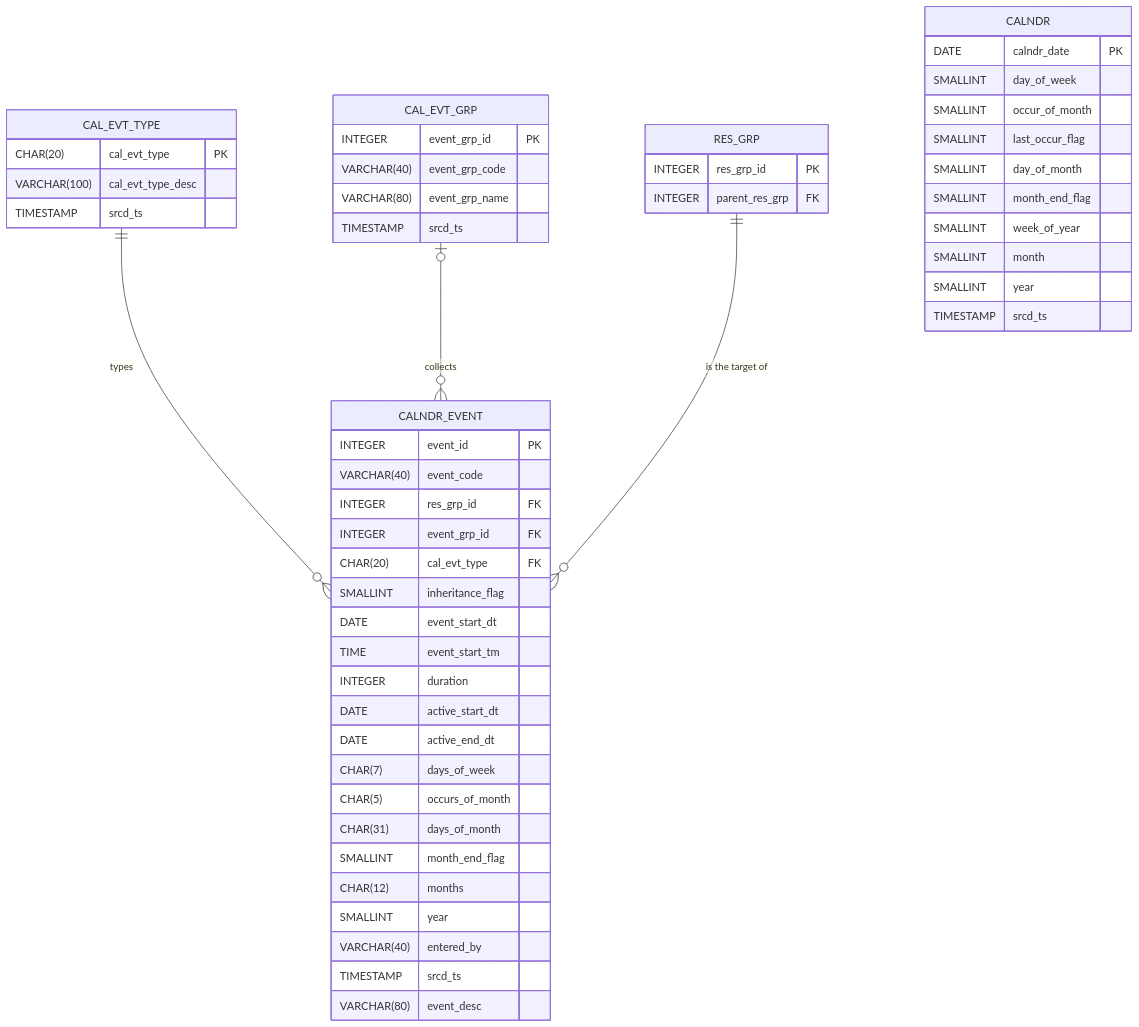
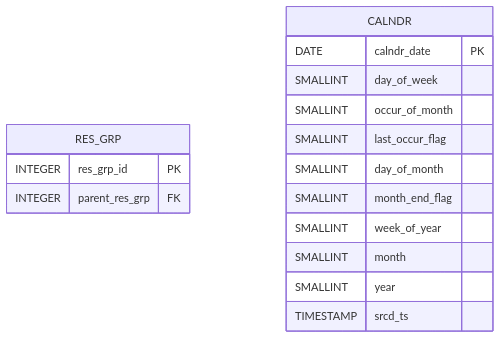
Before and after one commit to brianmcmillan/minimum-viable-warehouse: the fourth of 8 diagrams in er-diagrams/mermaid/metrics-mart.md, drawn with Mermaid. The commit also changed other lines of this file and 27 other files, not shown here.

````diff
--- a/er-diagrams/mermaid/metrics-mart.md
+++ b/er-diagrams/mermaid/metrics-mart.md
@@ -288,55 +273,19 @@
 ```mermaid
 erDiagram
     RES_GRP {
         INTEGER res_grp_id PK
         INTEGER parent_res_grp FK
-    }
-    CAL_EVT_TYPE {
-        CHAR(20) cal_evt_type PK
-        VARCHAR(100) cal_evt_type_desc
-        TIMESTAMP srcd_ts
-    }
-    CAL_EVT_GRP {
-        INTEGER event_grp_id PK
-        VARCHAR(40) event_grp_code
-        VARCHAR(80) event_grp_name
-        TIMESTAMP srcd_ts
-    }
-    CALNDR_EVENT {
-        INTEGER event_id PK
-        VARCHAR(40) event_code
-        INTEGER res_grp_id FK
-        INTEGER event_grp_id FK
-        CHAR(20) cal_evt_type FK
-        SMALLINT inheritance_flag
-        DATE event_start_dt
-        TIME event_start_tm
-        INTEGER duration
-        DATE active_start_dt
-        DATE active_end_dt
-        CHAR(7) days_of_week
-        CHAR(5) occurs_of_month
-        CHAR(31) days_of_month
-        SMALLINT month_end_flag
-        CHAR(12) months
-        SMALLINT year
-        VARCHAR(40) entered_by
-        TIMESTAMP srcd_ts
-        VARCHAR(80) event_desc
     }
     CALNDR {
         DATE calndr_date PK
         SMALLINT day_of_week
         SMALLINT occur_of_month
         SMALLINT last_occur_flag
         SMALLINT day_of_month
         SMALLINT month_end_flag
         SMALLINT week_of_year
         SMALLINT month
         SMALLINT year
         TIMESTAMP srcd_ts
     }
-    CAL_EVT_TYPE ||--o{ CALNDR_EVENT : "types"
-    CAL_EVT_GRP |o--o{ CALNDR_EVENT : "collects"
-    RES_GRP ||--o{ CALNDR_EVENT : "is the target of"
 ```
````
